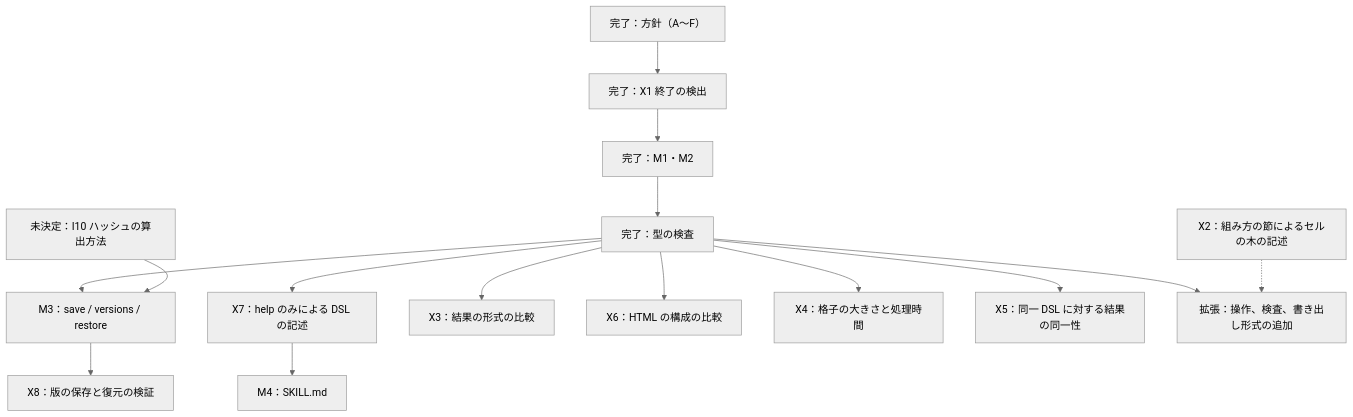
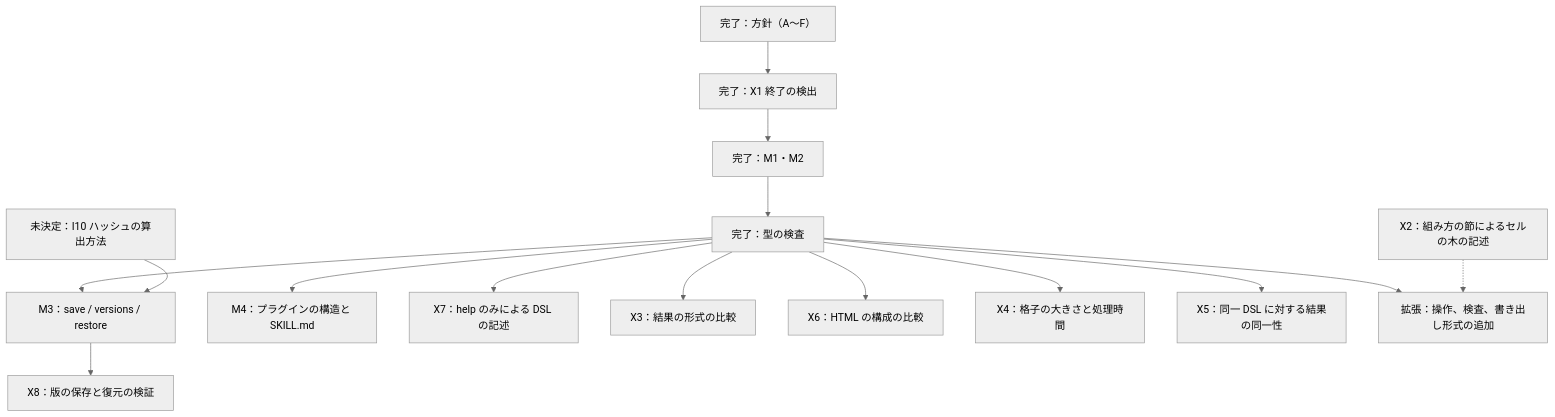
One commit to latentium/voxelgraft changed the diagram in docs/roadmap.md. Above: the diagram before and after it, drawn with Mermaid (neutral theme). The commit also changed other lines of this file and 6 other files, not shown here.

````diff
--- a/docs/roadmap.md
+++ b/docs/roadmap.md
@@ -66,21 +70,21 @@
 ```mermaid
 flowchart TD
   D1["完了：方針（A〜F）"] --> D2["完了：X1 終了の検出"]
   D2 --> D3["完了：M1・M2"]
   D3 --> D4["完了：型の検査"]
 
   D4 --> M3["M3：save / versions / restore"]
   I10["未決定：I10 ハッシュの算出方法"] --> M3
   M3 --> X8["X8：版の保存と復元の検証"]
 
+  D4 --> M4["M4：プラグインの構造と SKILL.md"]
   D4 --> X7["X7：help のみによる DSL の記述"]
-  X7 --> M4["M4：SKILL.md"]
 
   D4 --> X3["X3：結果の形式の比較"]
   D4 --> X6["X6：HTML の構成の比較"]
   D4 --> X4["X4：格子の大きさと処理時間"]
   D4 --> X5["X5：同一 DSL に対する結果の同一性"]
 
   D4 --> EXT["拡張：操作、検査、書き出し形式の追加"]
   X2["X2：組み方の節によるセルの木の記述"] -.-> EXT
 ```
````
